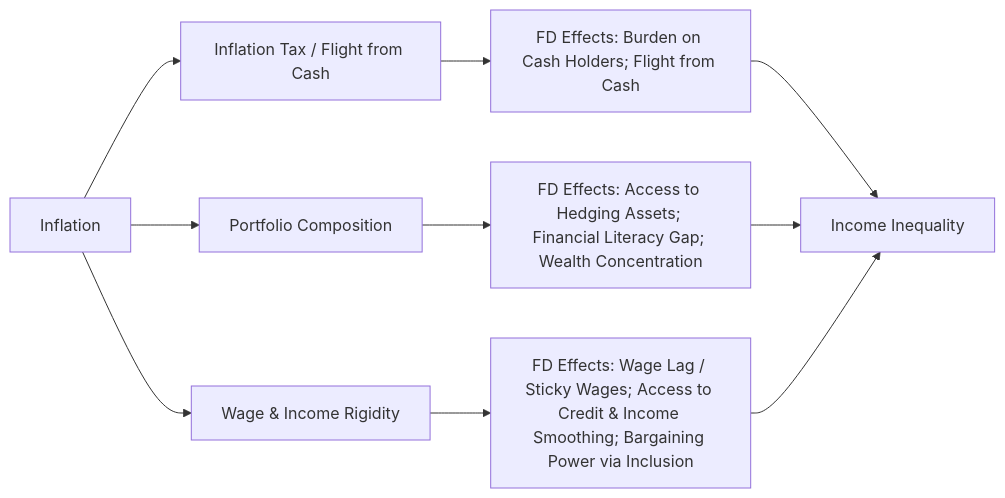
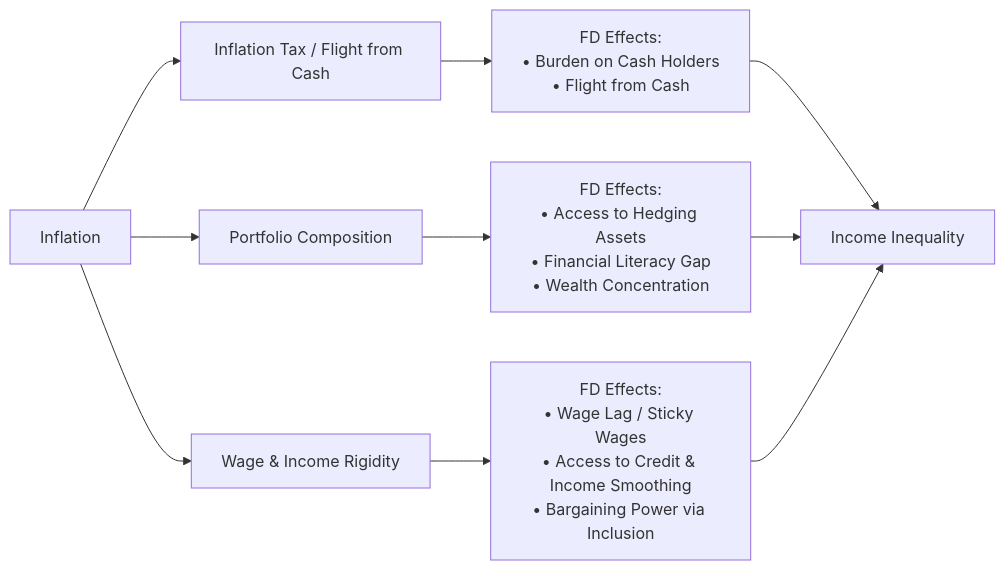
The diagram in FD-Inq&Inf.md (Aboutorabi/FD-Inq-Inf.md), drawn with Mermaid before and after one commit.

````diff
--- a/FD-Inq&Inf.md
+++ b/FD-Inq&Inf.md
@@ -1,21 +1,20 @@
 ```mermaid
 flowchart LR
     F["Inflation"]
 
     %% Channels
     A["Inflation Tax / Flight from Cash"]
     B["Portfolio Composition"]
     C["Wage & Income Rigidity"]
 
-    %% Financial Development Effects (all in a single line per channel)
-    A_sub["FD Effects: Burden on Cash Holders; Flight from Cash"]
-    B_sub["FD Effects: Access to Hedging Assets; Financial Literacy Gap; Wealth Concentration"]
-    C_sub["FD Effects: Wage Lag / Sticky Wages; Access to Credit & Income Smoothing; Bargaining Power via Inclusion"]
+    %% Financial Development Effects (multiline, one item per line)
+    A_sub["FD Effects:</br>• Burden on Cash Holders</br>• Flight from Cash"]
+    B_sub["FD Effects:</br>• Access to Hedging Assets</br>• Financial Literacy Gap</br>• Wealth Concentration"]
+    C_sub["FD Effects:</br>• Wage Lag / Sticky Wages</br>• Access to Credit & Income Smoothing</br>• Bargaining Power via Inclusion"]
 
     %% Flow connections
     F --> A --> A_sub --> G["Income Inequality"]
     F --> B --> B_sub --> G
     F --> C --> C_sub --> G
 
-
 ```
````
